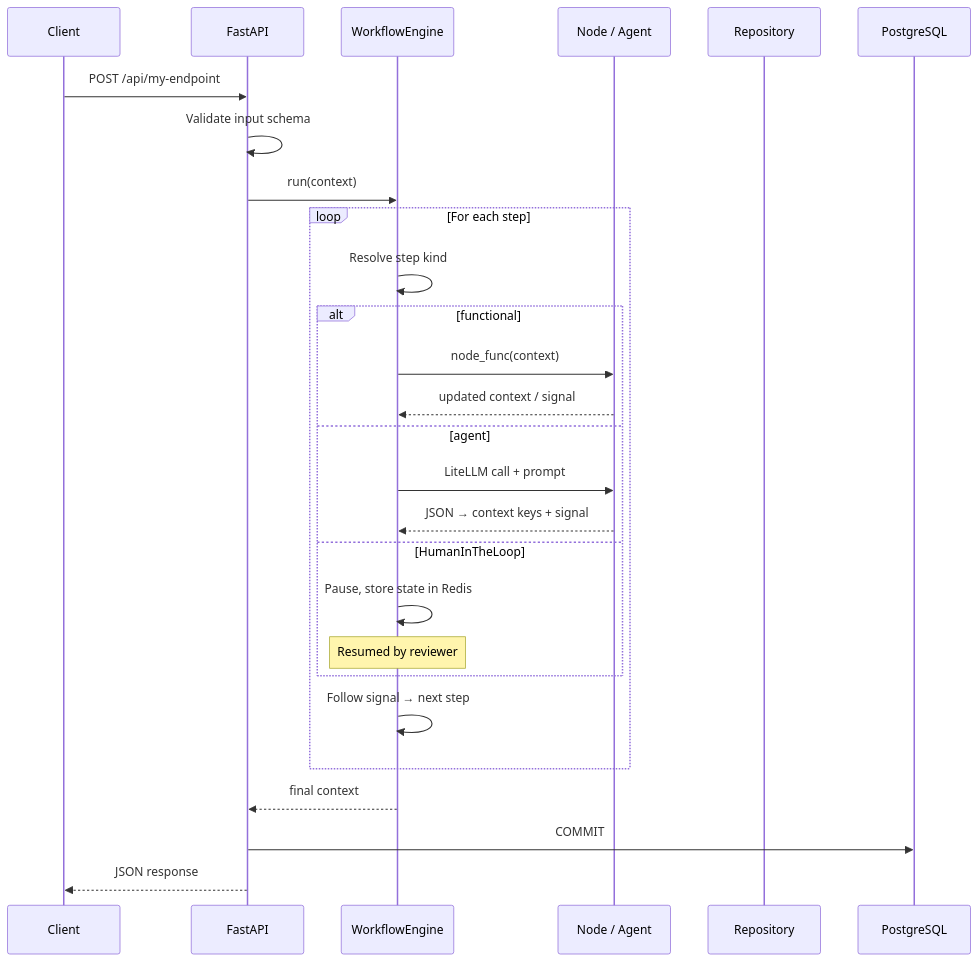
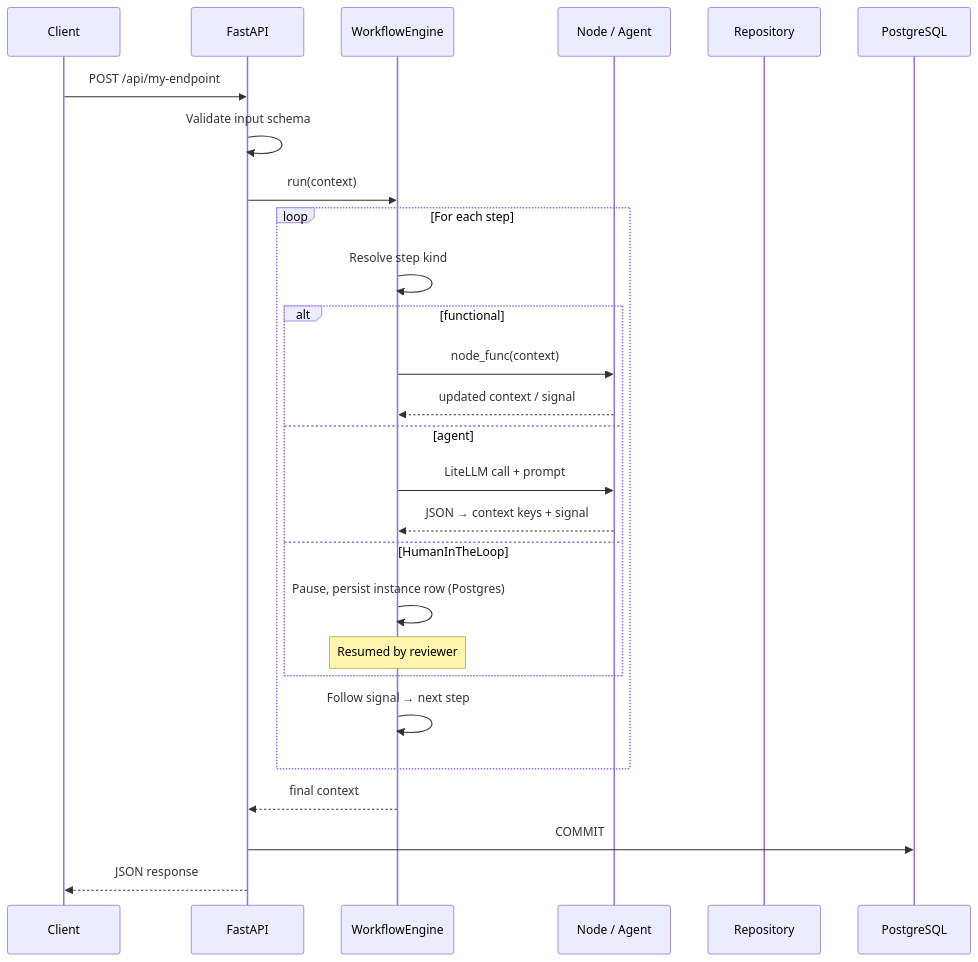
Before and after one commit to tuvl-io/docs: the second of 2 diagrams in docs/concepts/architecture.md, drawn with Mermaid. The commit also changed other lines of this file and 5 other files, not shown here.

````diff
--- a/docs/concepts/architecture.md
+++ b/docs/concepts/architecture.md
@@ -121,32 +121,32 @@
 ```mermaid
 sequenceDiagram
     participant C as Client
     participant F as FastAPI
     participant W as WorkflowEngine
     participant N as Node / Agent
     participant R as Repository
     participant DB as PostgreSQL
 
     C->>F: POST /api/my-endpoint
     F->>F: Validate input schema
     F->>W: run(context)
 
     loop For each step
         W->>W: Resolve step kind
         alt functional
             W->>N: node_func(context)
             N-->>W: updated context / signal
         else agent
             W->>N: LiteLLM call + prompt
             N-->>W: JSON → context keys + signal
         else HumanInTheLoop
-            W->>W: Pause, store state in Redis
+            W->>W: Pause, persist instance row (Postgres)
             Note over W: Resumed by reviewer
         end
         W->>W: Follow signal → next step
     end
 
     W-->>F: final context
     F->>DB: COMMIT
     F-->>C: JSON response
 ```
````
